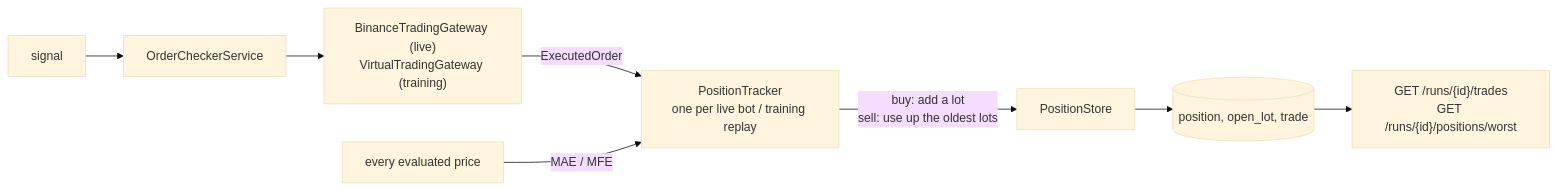
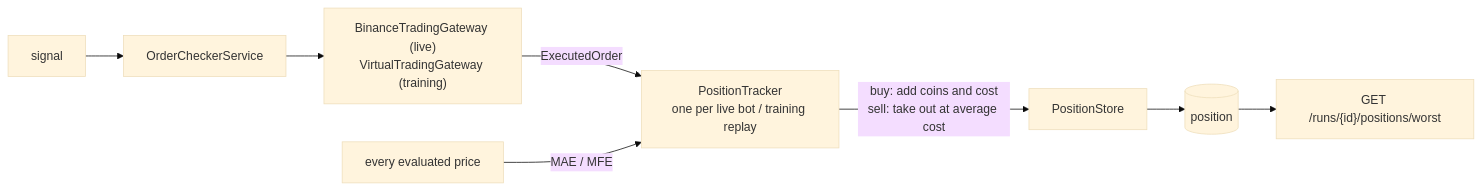
Before and after one commit to ShadowOfDiablo/t212-coding-task: diagram 16 of 29 in docs/ARCHITECTURE.md, drawn with Mermaid (base theme). The commit also changed other lines of this file and 52 other files, not shown here.

First line of the commit message:
Rewrite the database schema cleanly

````diff
--- a/docs/ARCHITECTURE.md
+++ b/docs/ARCHITECTURE.md
@@ -633,10 +631,10 @@
 ```mermaid
 flowchart LR
     Signal["signal"] --> Checker["OrderCheckerService"]
     Checker --> Gateway["BinanceTradingGateway (live)<br/>VirtualTradingGateway (training)"]
     Gateway -- "ExecutedOrder" --> Tracker["PositionTracker<br/>one per live bot / training replay"]
     Price["every evaluated price"] -- "MAE / MFE" --> Tracker
-    Tracker -- "buy: add a lot<br/>sell: use up the oldest lots" --> Store["PositionStore"]
-    Store --> Db[("position, open_lot, trade")]
-    Db --> Api["GET /runs/{id}/trades<br/>GET /runs/{id}/positions/worst"]
+    Tracker -- "buy: add coins and cost<br/>sell: take out at average cost" --> Store["PositionStore"]
+    Store --> Db[("position")]
+    Db --> Api["GET /runs/{id}/positions/worst"]
 ```
````
